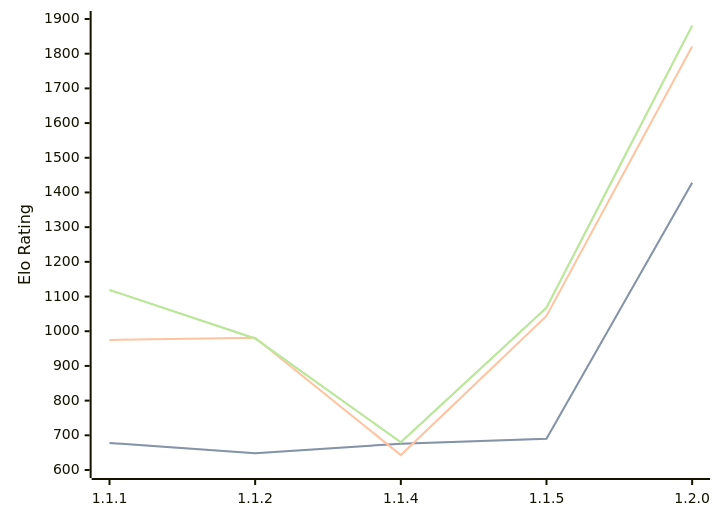
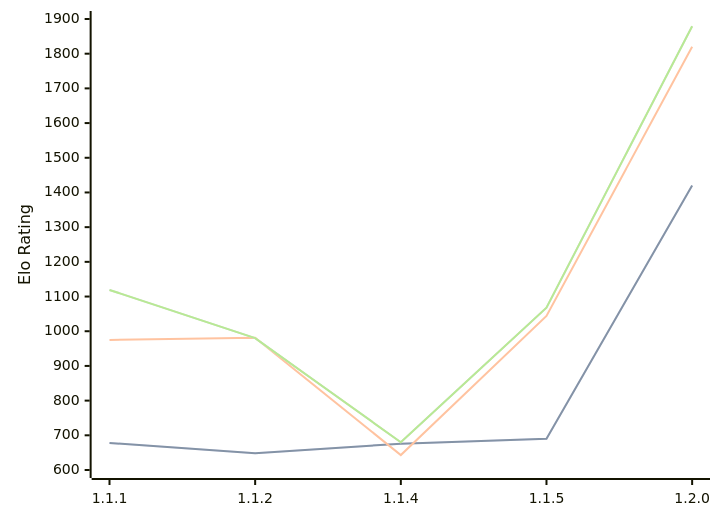
One commit to computer-chess-index/cci changed the third of 3 diagrams in engines/ChessCore.md. Above: the diagram before and after it, drawn with Mermaid. The commit also changed other lines of this file, not shown here.

Commit message:
Update CCI Ratings (ELO VLTC) - 2026-07-13

````diff
--- a/engines/ChessCore.md
+++ b/engines/ChessCore.md
@@ -69,11 +69,11 @@
 ```mermaid
 %%{init: {"theme":"base","themeVariables":{"seriesColors:['#a3a3a3','#222221','#faa371']}}}%%
 xychart-beta
   x-axis ["1.1.1", "1.1.2", "1.1.4", "1.1.5", "1.2.0"]
   y-axis "Elo Rating" 600 --> 1900
-  line "STC (8.0+0.08s)" [678, 648, 676, 690, 1428]
-  line "STC (8.0+0.08s)" [678, 648, 676, 690, 1428]
-  line "LTC (60.0+0.60s)" [975, 981, 643, 1044, 1821]
-  line "VLTC (2m24s+1.12s)" [1119, 979, 680, 1068, 1881]
-  line "VLTC (2m24s+1.12s)" [1119, 979, 680, 1068, 1881]
+  line "STC (8.0+0.08s)" [678, 648, 676, 690, 1420]
+  line "STC (8.0+0.08s)" [678, 648, 676, 690, 1420]
+  line "LTC (60.0+0.60s)" [975, 981, 643, 1044, 1820]
+  line "VLTC (2m24s+1.12s)" [1119, 980, 680, 1068, 1879]
+  line "VLTC (2m24s+1.12s)" [1119, 980, 680, 1068, 1879]
 ```
````
